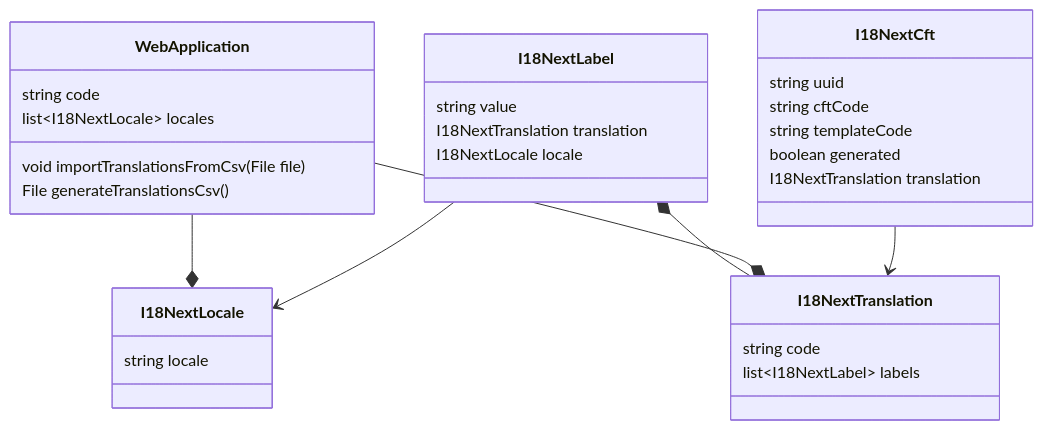
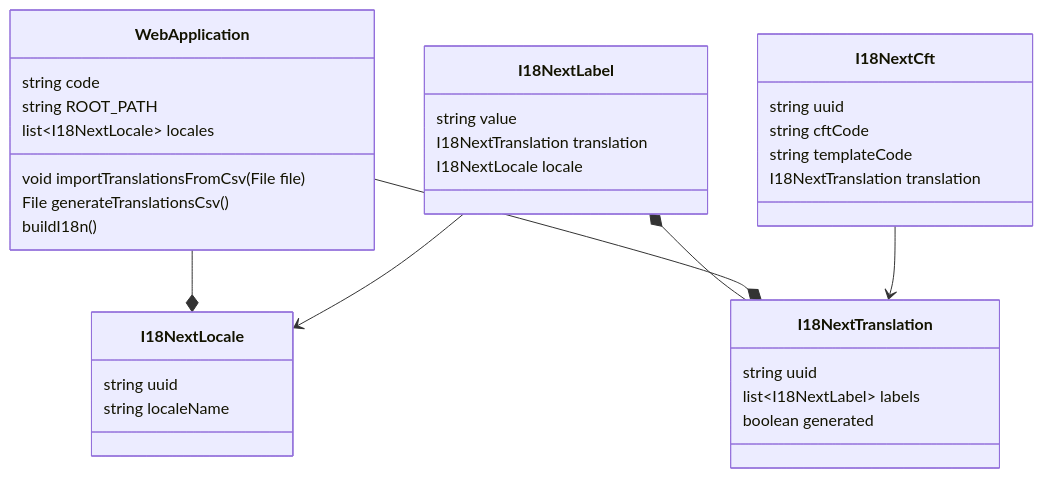
Before and after one commit to meveo-org/module-webapprouter: the diagram in specs/internationalization/README.md, drawn with Mermaid. The commit also changed other lines of this file, not shown here.

````diff
--- a/specs/internationalization/README.md
+++ b/specs/internationalization/README.md
@@ -5,33 +5,36 @@
 ```mermaid
 classDiagram
 class WebApplication {
     string code
+    string ROOT_PATH
+    list~I18NextLocale~ locales
     void importTranslationsFromCsv(File file)
     File generateTranslationsCsv()
-    list~I18NextLocale~ locales
+    buildI18n()
 }
 class I18NextTranslation {
-    string code
+    string uuid
     list~I18NextLabel~ labels
+    boolean generated
 }
 class I18NextLocale {
-   string locale
+   string uuid
+   string localeName
 }
 class I18NextLabel {
    string value
    I18NextTranslation translation
    I18NextLocale locale
 }
 class I18NextCft {
     string uuid
     string cftCode
     string templateCode
-    boolean generated
     I18NextTranslation translation
 }
 WebApplication --* I18NextLocale
 I18NextLabel *-- I18NextTranslation
 WebApplication --* I18NextTranslation
 I18NextCft --> I18NextTranslation
 I18NextLabel --> I18NextLocale
 ```
````
